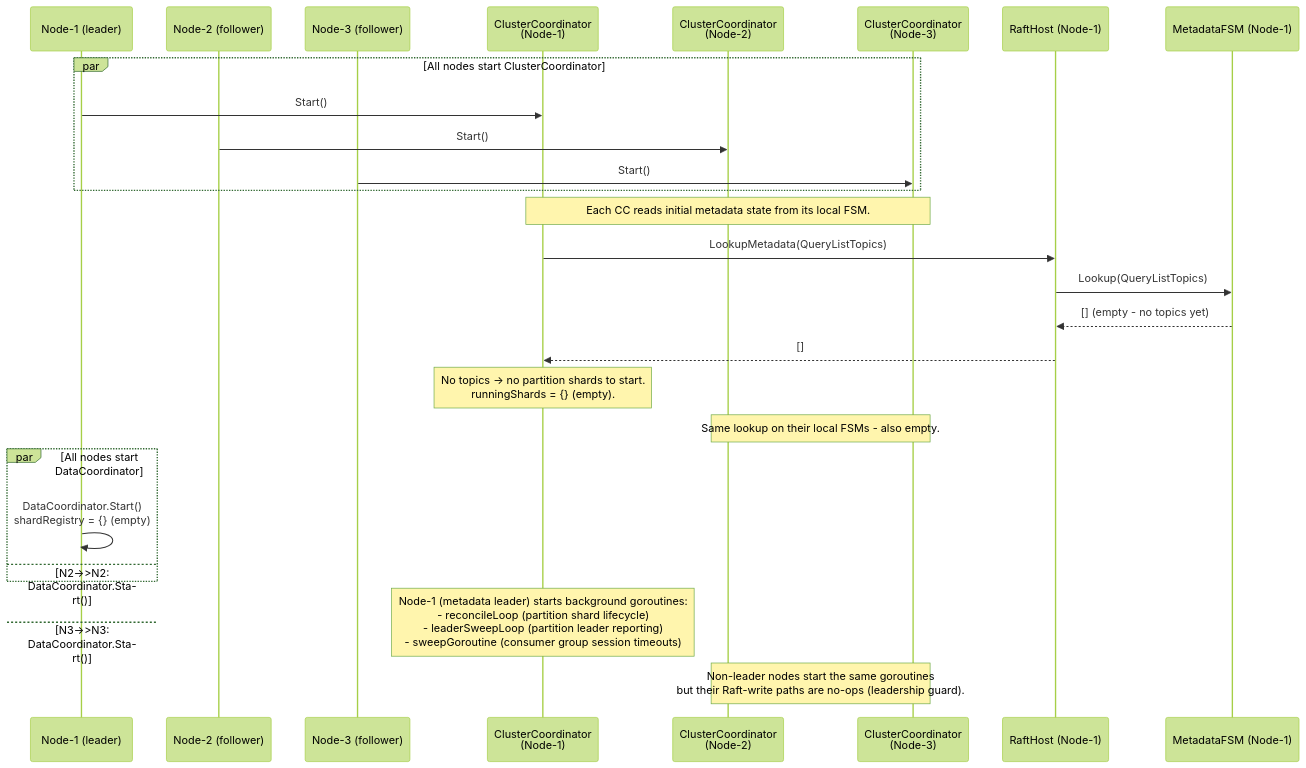
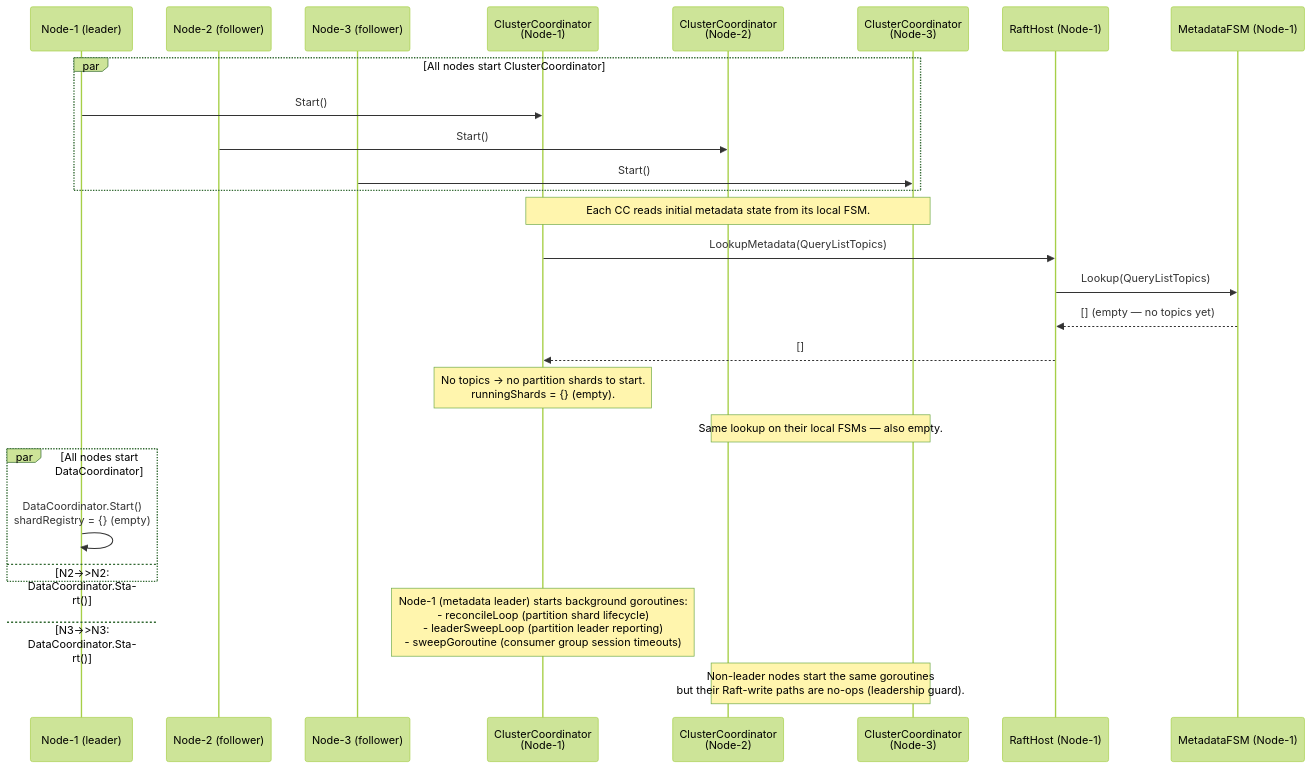
The second of 3 diagrams in docs/design/sequence/startup-cluster.md (bunnymq/bunnymq), drawn with Mermaid (forest theme) before and after one commit. The commit also changed other lines of this file and 86 other files, not shown here.

````diff
--- a/docs/design/sequence/startup-cluster.md
+++ b/docs/design/sequence/startup-cluster.md
@@ -45,38 +45,38 @@
 ```mermaid
 sequenceDiagram
     participant N1 as Node-1 (leader)
     participant N2 as Node-2 (follower)
     participant N3 as Node-3 (follower)
     participant CC1 as ClusterCoordinator<br/>(Node-1)
     participant CC2 as ClusterCoordinator<br/>(Node-2)
     participant CC3 as ClusterCoordinator<br/>(Node-3)
     participant RH1 as RaftHost (Node-1)
     participant MFSM1 as MetadataFSM (Node-1)
 
     par All nodes start ClusterCoordinator
         N1->>CC1: Start()
         N2->>CC2: Start()
         N3->>CC3: Start()
     end
 
     Note over CC1,CC3: Each CC reads initial metadata state from its local FSM.
 
     CC1->>RH1: LookupMetadata(QueryListTopics)
     RH1->>MFSM1: Lookup(QueryListTopics)
-    MFSM1-->>RH1: [] (empty - no topics yet)
+    MFSM1-->>RH1: [] (empty — no topics yet)
     RH1-->>CC1: []
 
     Note over CC1: No topics → no partition shards to start.<br/>runningShards = {} (empty).
 
-    Note over CC2,CC3: Same lookup on their local FSMs - also empty.
+    Note over CC2,CC3: Same lookup on their local FSMs — also empty.
 
     par All nodes start DataCoordinator
         N1->>N1: DataCoordinator.Start()<br/>shardRegistry = {} (empty)
     and N2->>N2: DataCoordinator.Start()
     and N3->>N3: DataCoordinator.Start()
     end
 
     Note over CC1: Node-1 (metadata leader) starts background goroutines:<br/>  - reconcileLoop (partition shard lifecycle)<br/>  - leaderSweepLoop (partition leader reporting)<br/>  - sweepGoroutine (consumer group session timeouts)
 
     Note over CC2,CC3: Non-leader nodes start the same goroutines<br/>but their Raft-write paths are no-ops (leadership guard).
 ```
````
